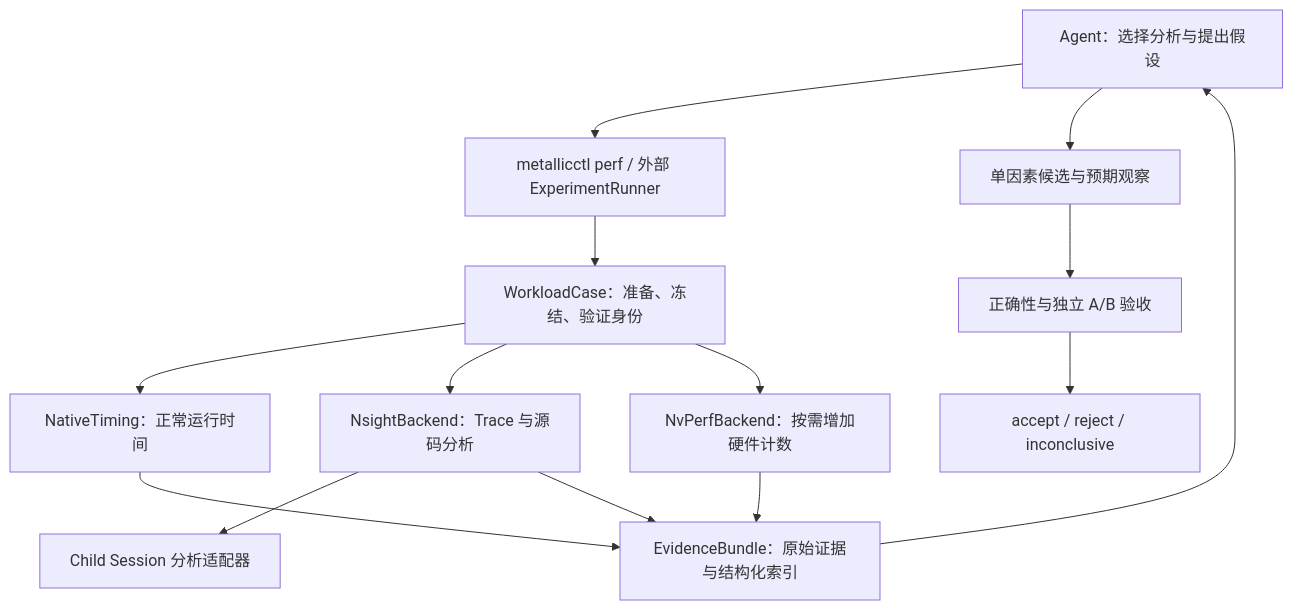
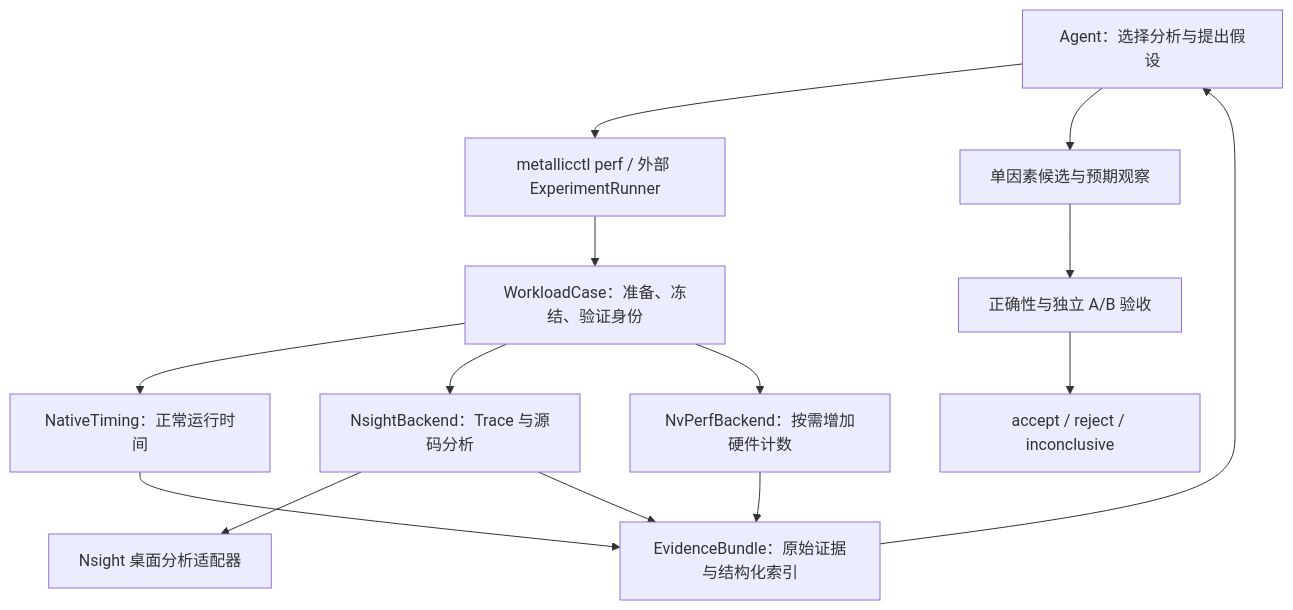
The diagram in Documentation/AgenticShaderOptimizationRoadmap.md (af8a2a/metallic), drawn with Mermaid before and after one commit. The commit also changed other lines of this file and 10 other files, not shown here.

````diff
--- a/Documentation/AgenticShaderOptimizationRoadmap.md
+++ b/Documentation/AgenticShaderOptimizationRoadmap.md
@@ -61,16 +61,16 @@
 ```mermaid
 flowchart TD
     A[Agent：选择分析与提出假设] --> C[metallicctl perf / 外部 ExperimentRunner]
     C --> W[WorkloadCase：准备、冻结、验证身份]
     W --> T[NativeTiming：正常运行时间]
     W --> N[NsightBackend：Trace 与源码分析]
     W --> P[NvPerfBackend：按需增加硬件计数]
-    N --> U[Child Session 分析适配器]
+    N --> U[Nsight 桌面分析适配器]
     T --> E[EvidenceBundle：原始证据与结构化索引]
     N --> E
     P --> E
     E --> A
     A --> H[单因素候选与预期观察]
     H --> G[正确性与独立 A/B 验收]
     G --> R[accept / reject / inconclusive]
 ```
````
